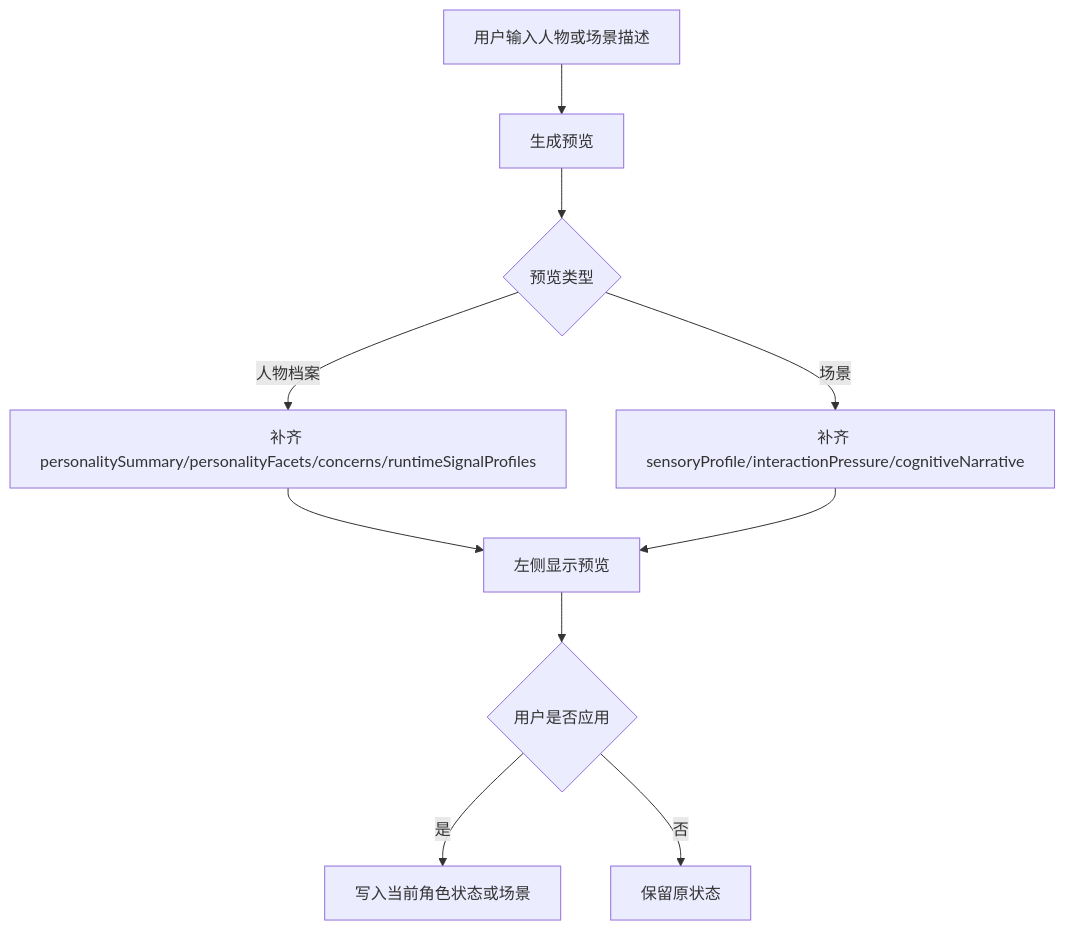
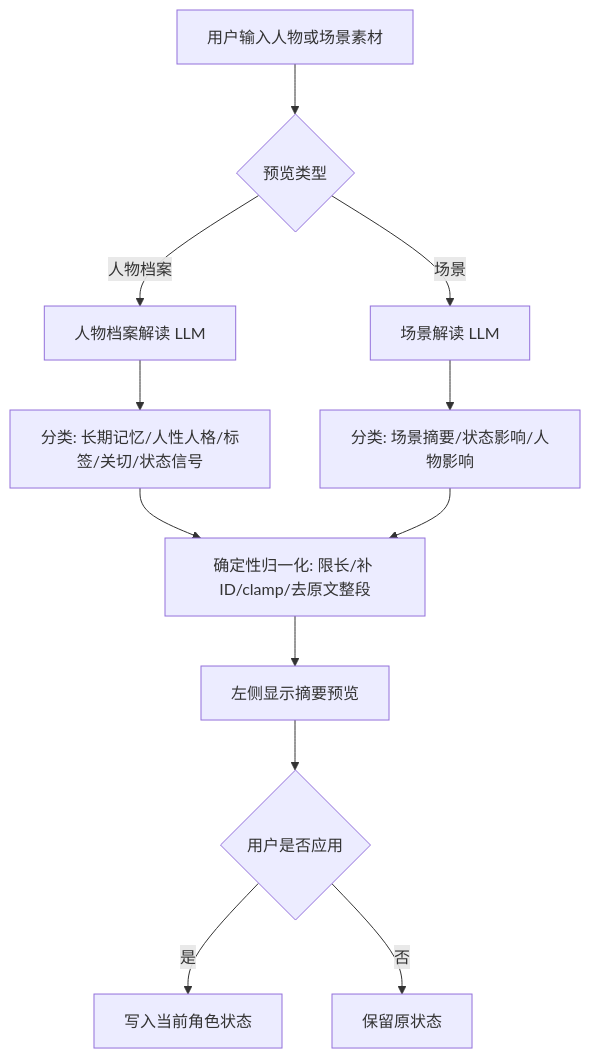
Before and after one commit to ttmanthatman/virtual-human-flow: the fifth of 7 diagrams in docs/SYSTEM_FLOW.md, drawn with Mermaid. The commit also changed other lines of this file and 7 other files, not shown here.

Commit message:
feat: interpret profile and scene previews with llm

````diff
--- a/docs/SYSTEM_FLOW.md
+++ b/docs/SYSTEM_FLOW.md
@@ -99,12 +101,14 @@
 ```mermaid
 flowchart TD
-    A[用户输入人物或场景描述] --> B[生成预览]
-    B --> C{预览类型}
-    C -- 人物档案 --> D[补齐 personalitySummary/personalityFacets/concerns/runtimeSignalProfiles]
-    C -- 场景 --> E[补齐 sensoryProfile/interactionPressure/cognitiveNarrative]
-    D --> F[左侧显示预览]
-    E --> F
-    F --> G{用户是否应用}
-    G -- 是 --> H[写入当前角色状态或场景]
-    G -- 否 --> I[保留原状态]
+    A[用户输入人物或场景素材] --> B{预览类型}
+    B -- 人物档案 --> D[人物档案解读 LLM]
+    B -- 场景 --> E[场景解读 LLM]
+    D --> D1[分类: 长期记忆/人性人格/标签/关切/状态信号]
+    E --> E1[分类: 场景摘要/状态影响/人物影响]
+    D1 --> F[确定性归一化: 限长/补 ID/clamp/去原文整段]
+    E1 --> F
+    F --> G[左侧显示摘要预览]
+    G --> H{用户是否应用}
+    H -- 是 --> I[写入当前角色状态]
+    H -- 否 --> J[保留原状态]
 ```
````
